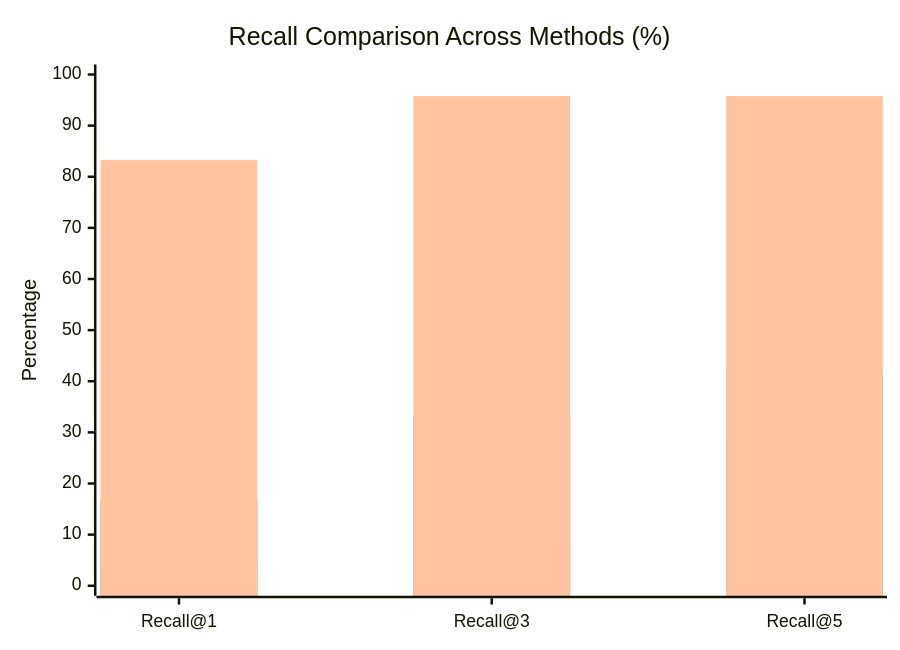
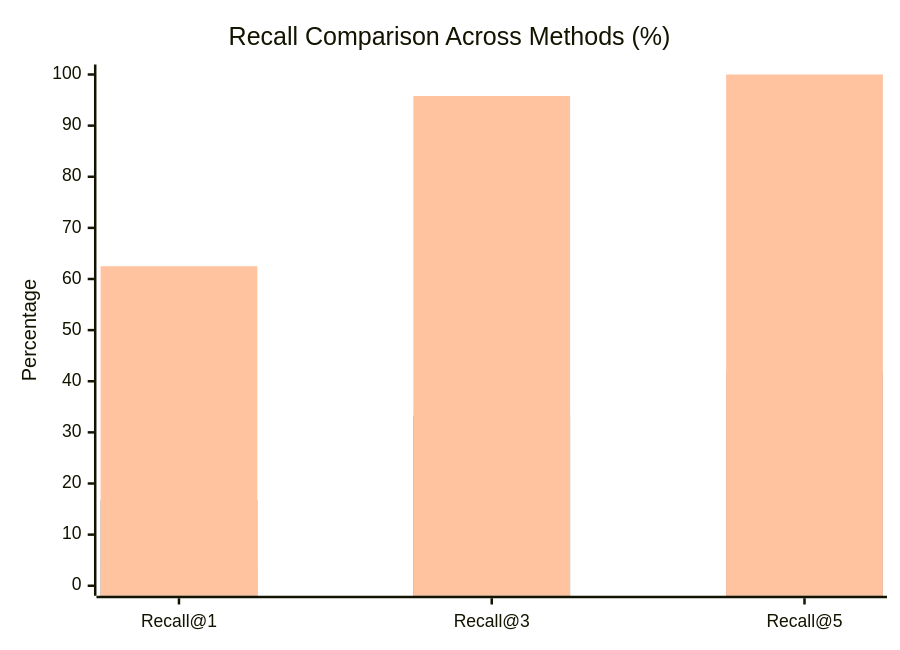
Before and after one commit to Zephyrxx0/argon: the second of 3 diagrams in docs/BLOG-POST.md, drawn with Mermaid. The commit also changed other lines of this file and 3 other files, not shown here.

````diff
--- a/docs/BLOG-POST.md
+++ b/docs/BLOG-POST.md
@@ -174,9 +174,9 @@
 ```mermaid
 xychart-beta
     title "Recall Comparison Across Methods (%)"
     x-axis ["Recall@1", "Recall@3", "Recall@5"]
     y-axis "Percentage" 0 --> 100
     bar [4.2, 8.3, 29.2]
     bar [16.7, 33.3, 41.7]
-    bar [83.3, 95.8, 95.8]
+    bar [62.5, 95.8, 100.0]
 ```
````
